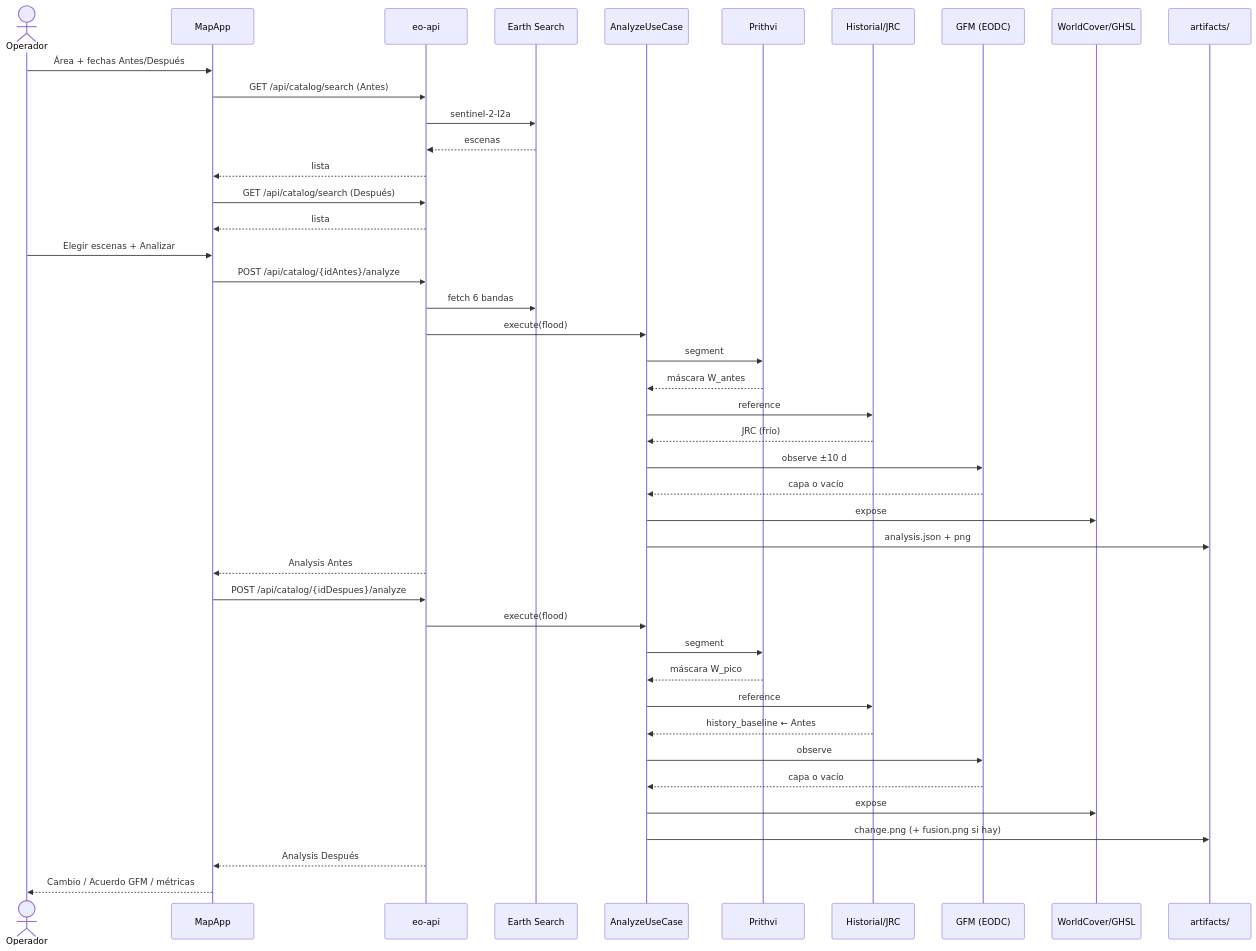
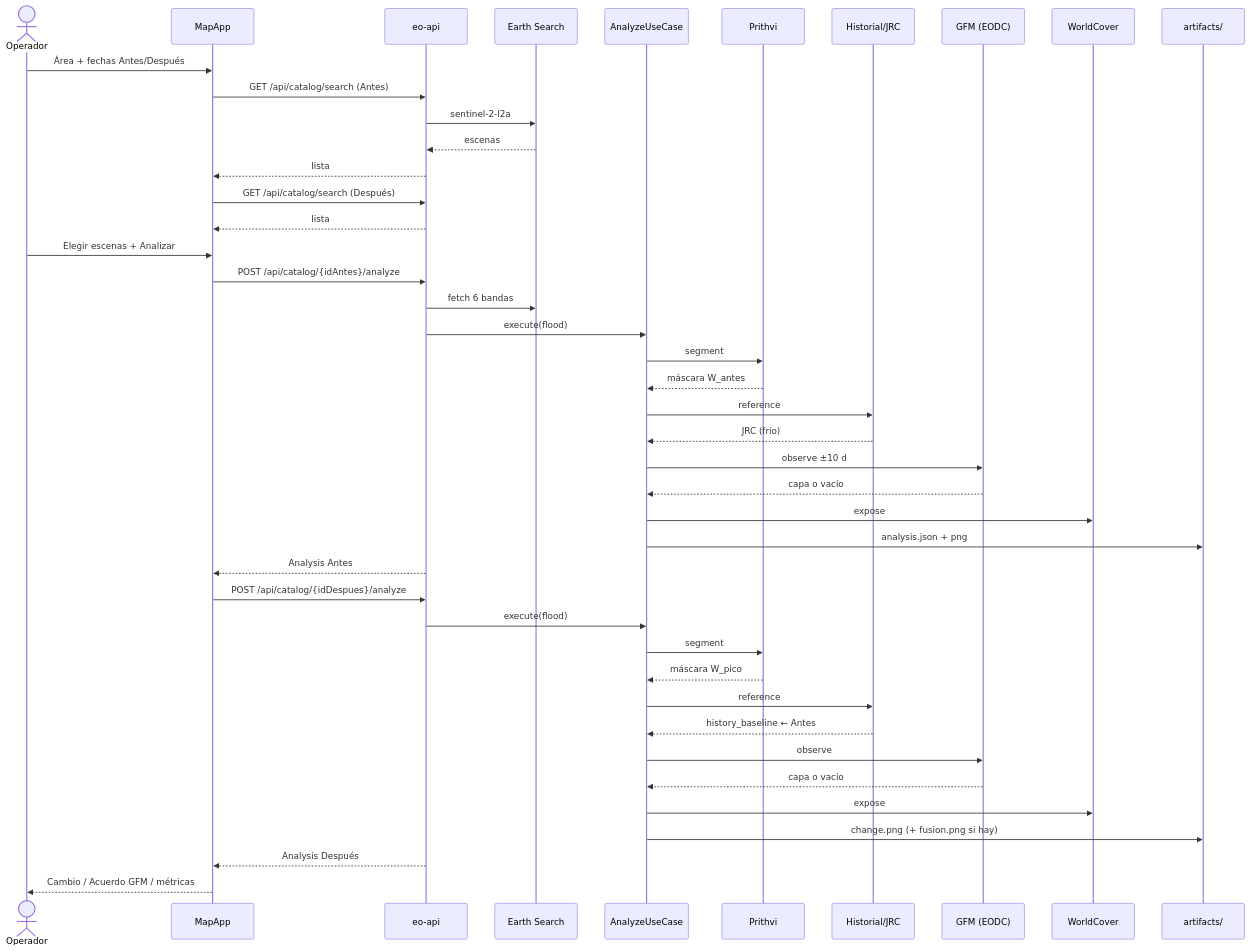
Before and after one commit to Charlsz/Tune: the diagram in docs/assets/diagramas/secuencia-analisis.md, drawn with Mermaid. The commit also changed 8 other files, not shown here.

First line of the commit message:
refactor(docs): update InformeFinal and architecture diagrams for clarity and completeness

````diff
--- a/docs/assets/diagramas/secuencia-analisis.md
+++ b/docs/assets/diagramas/secuencia-analisis.md
@@ -8,48 +8,48 @@
 ```mermaid
 sequenceDiagram
   actor Op as Operador
   participant UI as MapApp
   participant API as eo-api
   participant ES as Earth Search
   participant UC as AnalyzeUseCase
   participant P as Prithvi
   participant R as Historial/JRC
   participant G as GFM (EODC)
-  participant X as WorldCover/GHSL
+  participant X as WorldCover
   participant D as artifacts/
 
   Op->>UI: Área + fechas Antes/Después
   UI->>API: GET /api/catalog/search (Antes)
   API->>ES: sentinel-2-l2a
   ES-->>API: escenas
   API-->>UI: lista
   UI->>API: GET /api/catalog/search (Después)
   API-->>UI: lista
   Op->>UI: Elegir escenas + Analizar
 
   UI->>API: POST /api/catalog/{idAntes}/analyze
   API->>ES: fetch 6 bandas
   API->>UC: execute(flood)
   UC->>P: segment
   P-->>UC: máscara W_antes
   UC->>R: reference
   R-->>UC: JRC (frío)
   UC->>G: observe ±10 d
   G-->>UC: capa o vacío
   UC->>X: expose
   UC->>D: analysis.json + png
   API-->>UI: Analysis Antes
 
   UI->>API: POST /api/catalog/{idDespues}/analyze
   API->>UC: execute(flood)
   UC->>P: segment
   P-->>UC: máscara W_pico
   UC->>R: reference
   R-->>UC: history_baseline ← Antes
   UC->>G: observe
   G-->>UC: capa o vacío
   UC->>X: expose
   UC->>D: change.png (+ fusion.png si hay)
   API-->>UI: Analysis Después
   UI-->>Op: Cambio / Acuerdo GFM / métricas
 ```
````
